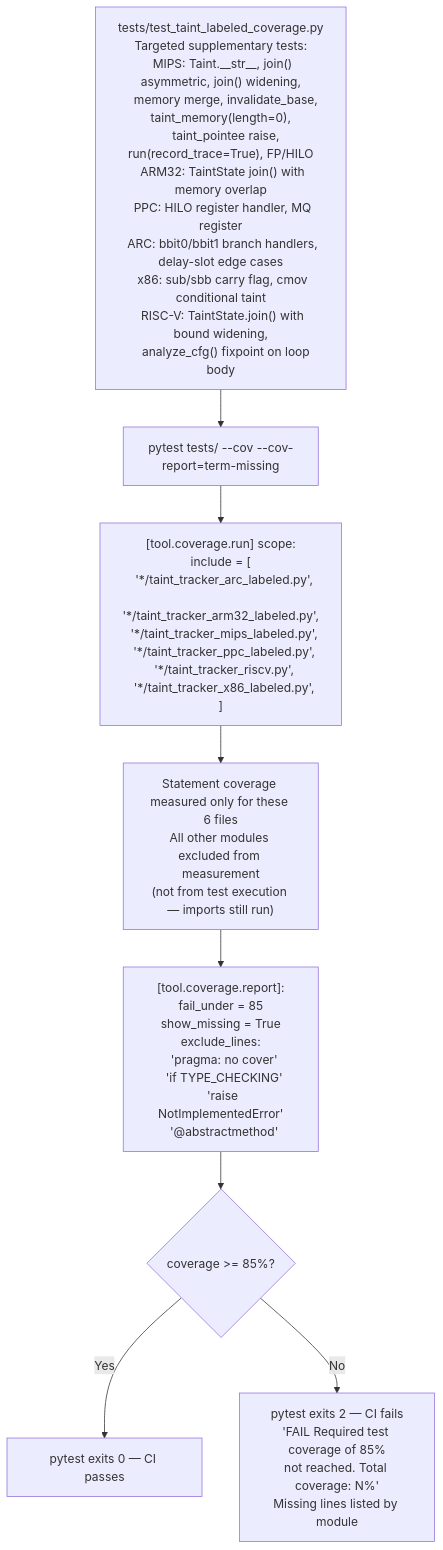
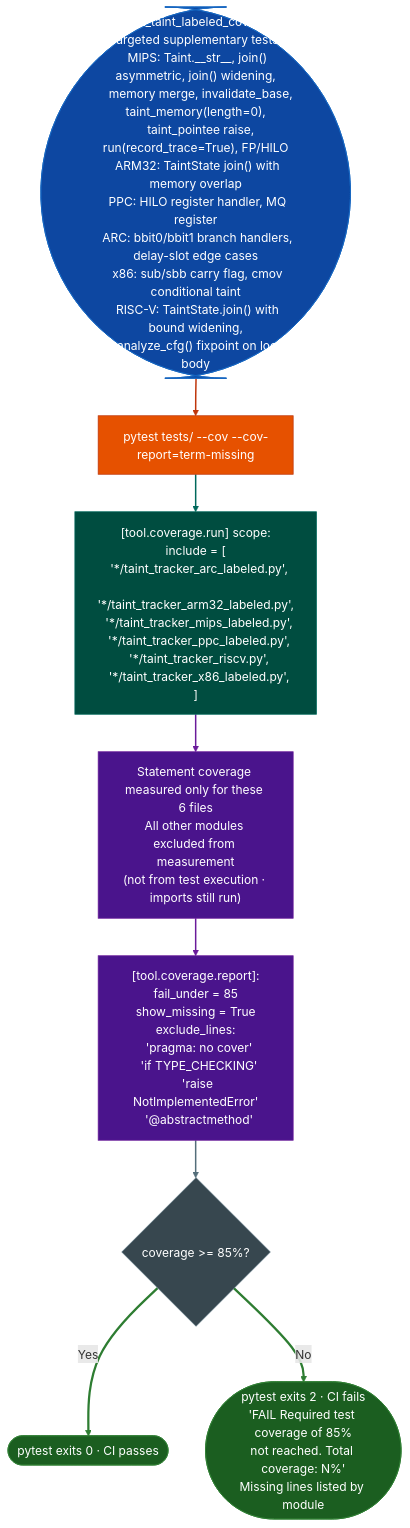
The diagram in docs/reference-modules/coverage-gate.md (Ablation-Tool/ablation), drawn with Mermaid before and after one commit. The commit also changed 320 other files, not shown here.

First line of the commit message:
docs: apply canonical Mermaid template to all 321 diagrams

````diff
--- a/docs/reference-modules/coverage-gate.md
+++ b/docs/reference-modules/coverage-gate.md
@@ -19,12 +19,25 @@
 ```mermaid
 flowchart TD
-    A["pytest tests/ --cov --cov-report=term-missing"] --> B["[tool.coverage.run] scope:\ninclude = [\n  '*/taint_tracker_arc_labeled.py',\n  '*/taint_tracker_arm32_labeled.py',\n  '*/taint_tracker_mips_labeled.py',\n  '*/taint_tracker_ppc_labeled.py',\n  '*/taint_tracker_riscv.py',\n  '*/taint_tracker_x86_labeled.py',\n]"]
-    B --> C["Statement coverage measured only for these 6 files\nAll other modules excluded from measurement\n(not from test execution — imports still run)"]
-    C --> D["[tool.coverage.report]:\nfail_under = 85\nshow_missing = True\nexclude_lines:\n  'pragma: no cover'\n  'if TYPE_CHECKING'\n  'raise NotImplementedError'\n  '@abstractmethod'"]
-    D --> E{"coverage >= 85%?"}
-    E -->|Yes| F["pytest exits 0 — CI passes"]
-    E -->|No| G["pytest exits 2 — CI fails\n'FAIL Required test coverage of 85%\nnot reached. Total coverage: N%'\nMissing lines listed by module"]
+    A["pytest tests/ --cov --cov-report=term-missing"]:::primary --> B["[tool.coverage.run] scope:\ninclude = [\n  '*/taint_tracker_arc_labeled.py',\n  '*/taint_tracker_arm32_labeled.py',\n  '*/taint_tracker_mips_labeled.py',\n  '*/taint_tracker_ppc_labeled.py',\n  '*/taint_tracker_riscv.py',\n  '*/taint_tracker_x86_labeled.py',\n]"]:::secondary
+    B:::secondary --> C["Statement coverage measured only for these 6 files\nAll other modules excluded from measurement\n(not from test execution · imports still run)"]:::tertiary
+    C:::tertiary --> D["[tool.coverage.report]:\nfail_under = 85\nshow_missing = True\nexclude_lines:\n  'pragma: no cover'\n  'if TYPE_CHECKING'\n  'raise NotImplementedError'\n  '@abstractmethod'"]:::tertiary
+    D:::tertiary --> E{"coverage >= 85%?"}:::neutral
+    E:::neutral -->|Yes| F(["pytest exits 0 · CI passes"]):::output
+    E:::neutral -->|No| G(["pytest exits 2 · CI fails\n'FAIL Required test coverage of 85%\nnot reached. Total coverage: N%'\nMissing lines listed by module"]):::output
 
-    H["tests/test_taint_labeled_coverage.py\nTargeted supplementary tests:\n  MIPS: Taint.__str__, join() asymmetric, join() widening,\n    memory merge, invalidate_base, taint_memory(length=0),\n    taint_pointee raise, run(record_trace=True), FP/HILO\n  ARM32: TaintState join() with memory overlap\n  PPC: HILO register handler, MQ register\n  ARC: bbit0/bbit1 branch handlers, delay-slot edge cases\n  x86: sub/sbb carry flag, cmov conditional taint\n  RISC-V: TaintState.join() with bound widening,\n    analyze_cfg() fixpoint on loop body"]
-    H --> A
+    H(["tests/test_taint_labeled_coverage.py\nTargeted supplementary tests:\n  MIPS: Taint.__str__, join() asymmetric, join() widening,\n    memory merge, invalidate_base, taint_memory(length=0),\n    taint_pointee raise, run(record_trace=True), FP/HILO\n  ARM32: TaintState join() with memory overlap\n  PPC: HILO register handler, MQ register\n  ARC: bbit0/bbit1 branch handlers, delay-slot edge cases\n  x86: sub/sbb carry flag, cmov conditional taint\n  RISC-V: TaintState.join() with bound widening,\n    analyze_cfg() fixpoint on loop body"]):::input
+    H:::input --> A:::primary
+    classDef input     fill:#0d47a1,stroke:#1565c0,color:#fff
+    classDef primary   fill:#e65100,stroke:#bf360c,color:#fff
+    classDef secondary fill:#004d40,stroke:#00695c,color:#fff
+    classDef tertiary  fill:#4a148c,stroke:#6a1b9a,color:#fff
+    classDef neutral   fill:#37474f,stroke:#546e7a,color:#fff
+    classDef output    fill:#1b5e20,stroke:#2e7d32,color:#fff
+    linkStyle 0 stroke:#00695c,stroke-width:2px
+    linkStyle 1 stroke:#6a1b9a,stroke-width:2px
+    linkStyle 2 stroke:#6a1b9a,stroke-width:2px
+    linkStyle 3 stroke:#546e7a,stroke-width:2px
+    linkStyle 4 stroke:#2e7d32,stroke-width:3px
+    linkStyle 5 stroke:#2e7d32,stroke-width:3px
+    linkStyle 6 stroke:#bf360c,stroke-width:2px
 ```
````
